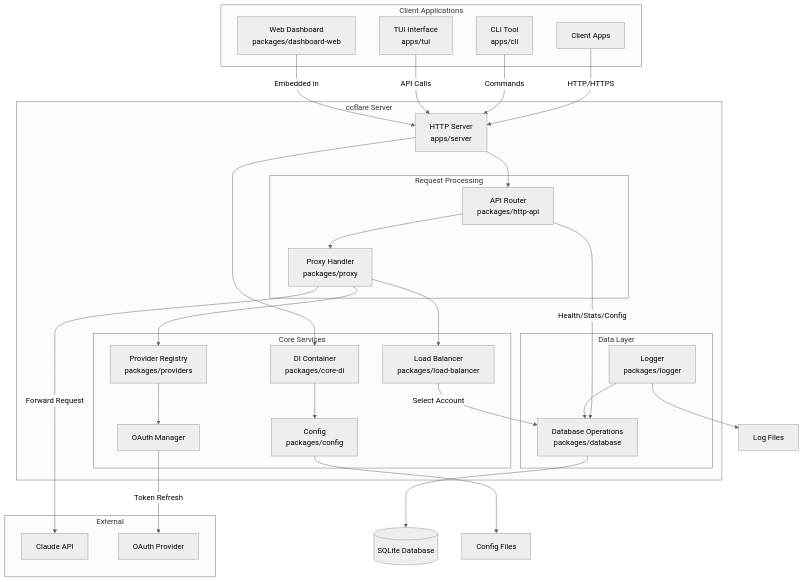
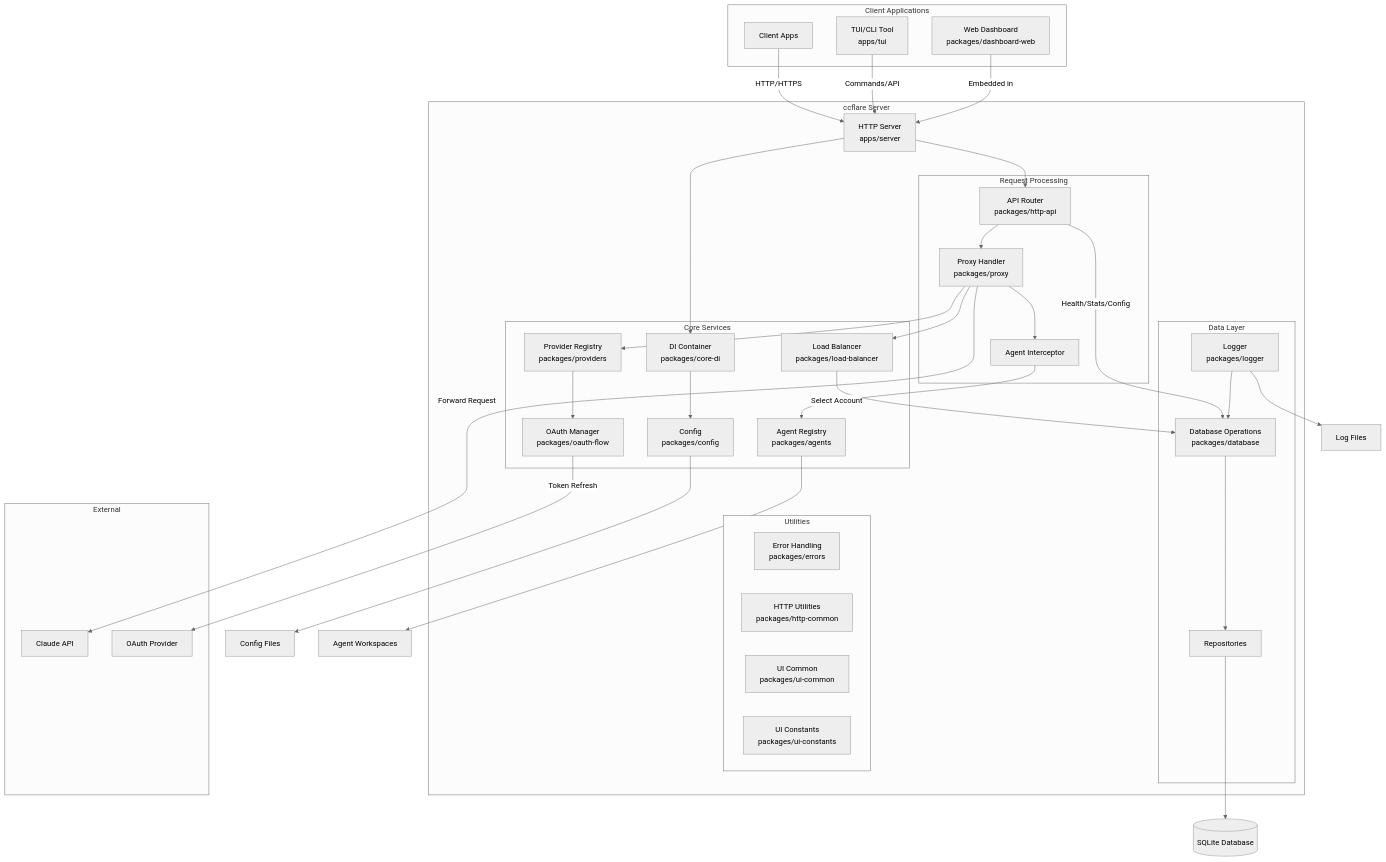
Before and after one commit to tombii/better-ccflare: the second of 25 diagrams in docs/architecture.md, drawn with Mermaid (neutral theme). The commit also changed other lines of this file and 14 other files, not shown here.

First line of the commit message:
docs(docs): overhaul architecture and CLI documentation

````diff
--- a/docs/architecture.md
+++ b/docs/architecture.md
@@ -57,69 +59,82 @@
 ```mermaid
 graph TB
     %% Client Layer
     subgraph "Client Applications"
         CA[Client Apps]
-        CLI[CLI Tool<br/>apps/cli]
-        TUI[TUI Interface<br/>apps/tui]
+        TUI[TUI/CLI Tool<br/>apps/tui]
         WEB[Web Dashboard<br/>packages/dashboard-web]
     end
 
     %% API Gateway Layer
     subgraph "ccflare Server"
         SERVER[HTTP Server<br/>apps/server]
         
         subgraph "Request Processing"
             ROUTER[API Router<br/>packages/http-api]
             PROXY[Proxy Handler<br/>packages/proxy]
+            INTERCEPT[Agent Interceptor]
         end
         
         subgraph "Core Services"
             LB[Load Balancer<br/>packages/load-balancer]
             PROV[Provider Registry<br/>packages/providers]
-            AUTH[OAuth Manager]
+            AUTH[OAuth Manager<br/>packages/oauth-flow]
+            AGENTS[Agent Registry<br/>packages/agents]
             DI[DI Container<br/>packages/core-di]
             CFG[Config<br/>packages/config]
         end
         
         subgraph "Data Layer"
             DB[Database Operations<br/>packages/database]
+            REPOS[Repositories]
             LOGGER[Logger<br/>packages/logger]
+        end
+        
+        subgraph "Utilities"
+            ERRORS[Error Handling<br/>packages/errors]
+            HTTP[HTTP Utilities<br/>packages/http-common]
+            UI_COMMON[UI Common<br/>packages/ui-common]
+            UI_CONST[UI Constants<br/>packages/ui-constants]
         end
     end
 
     %% External Services
     subgraph "External"
         CLAUDE[Claude API]
         OAUTH[OAuth Provider]
     end
 
     %% Storage
     SQLITE[(SQLite Database)]
     LOGS[Log Files]
     CONFIG[Config Files]
+    WORKSPACES[Agent Workspaces]
 
     %% Connections
     CA -->|HTTP/HTTPS| SERVER
-    CLI -->|Commands| SERVER
-    TUI -->|API Calls| SERVER
+    TUI -->|Commands/API| SERVER
     WEB -->|Embedded in| SERVER
     
     SERVER --> ROUTER
     SERVER --> DI
     DI --> CFG
     CFG --> CONFIG
     ROUTER --> PROXY
     ROUTER -->|Health/Stats/Config| DB
     
+    PROXY --> INTERCEPT
+    INTERCEPT --> AGENTS
+    AGENTS --> WORKSPACES
     PROXY --> LB
     LB -->|Select Account| DB
     PROXY --> PROV
     PROV --> AUTH
     
     PROXY -->|Forward Request| CLAUDE
     AUTH -->|Token Refresh| OAUTH
     
-    DB --> SQLITE
+    DB --> REPOS
+    REPOS --> SQLITE
     LOGGER --> LOGS
     LOGGER --> DB
 ```
````
